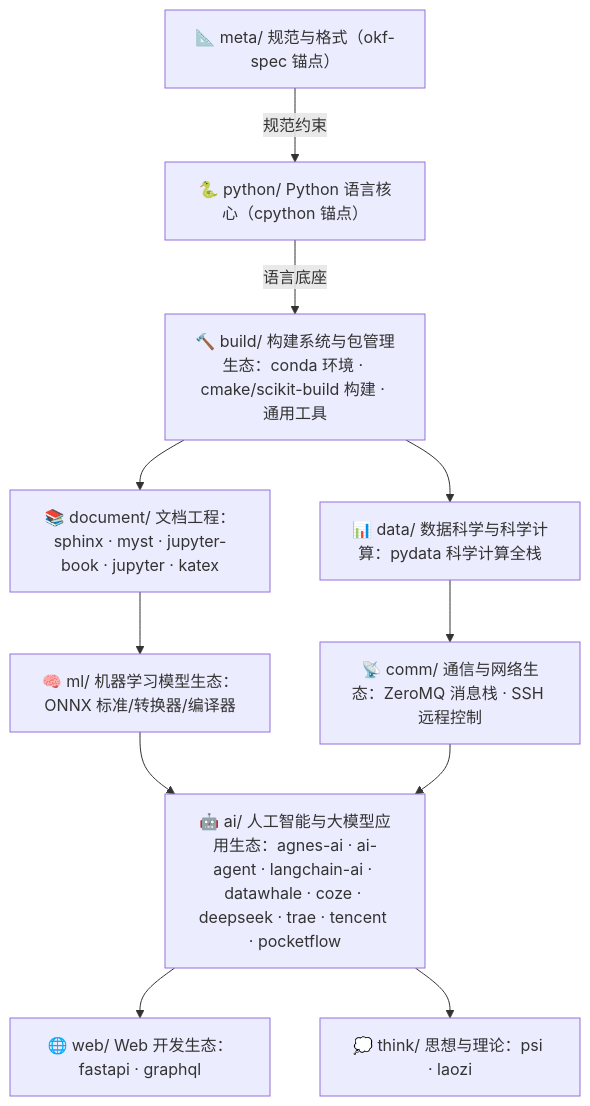
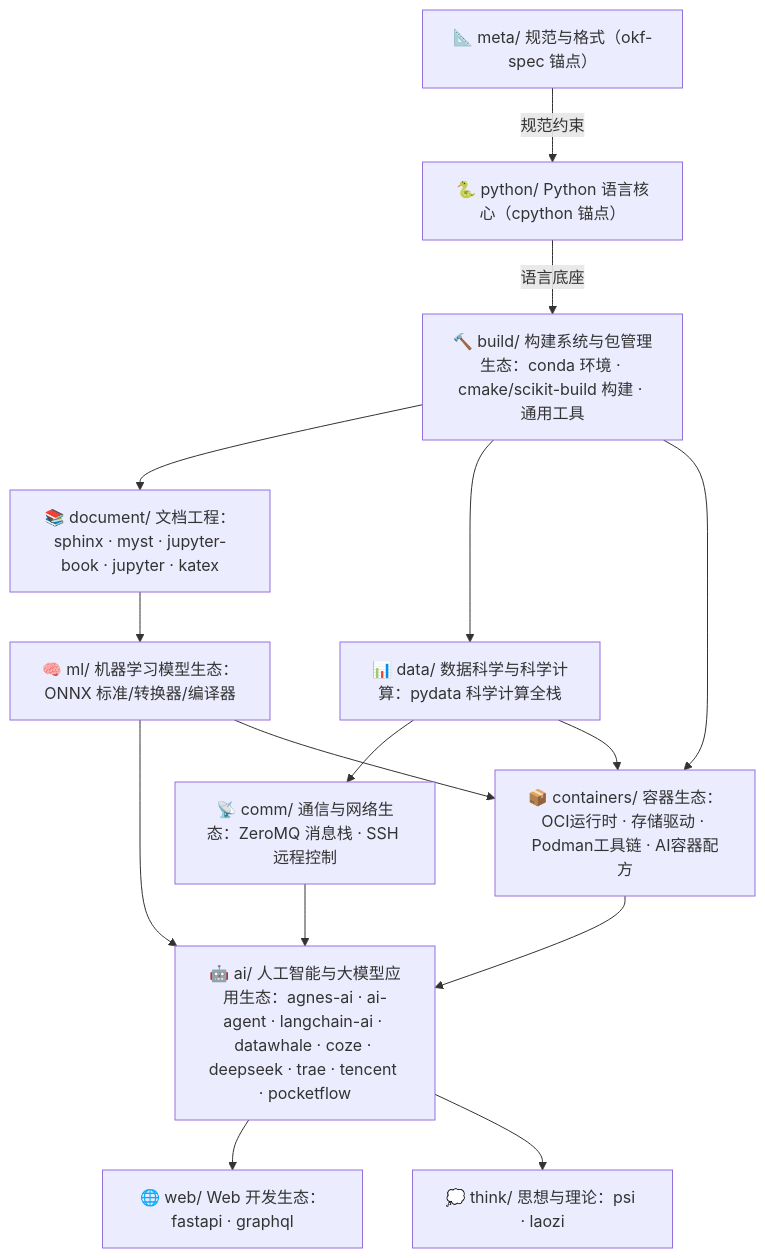
Before and after one commit to awesome-flexloop/awesome-okf: the first of 2 diagrams in doc/bundles/index.md, drawn with Mermaid. The commit also changed other lines of this file and 154 other files, not shown here.

````diff
--- a/doc/bundles/index.md
+++ b/doc/bundles/index.md
@@ -21,23 +21,28 @@
 ```mermaid
 flowchart TD
     meta["📐 meta/ 规范与格式（okf-spec 锚点）"]
     py["🐍 python/ Python 语言核心（cpython 锚点）"]
     build["🔨 build/ 构建系统与包管理生态：conda 环境 · cmake/scikit-build 构建 · 通用工具"]
     doc["📚 document/ 文档工程：sphinx · myst · jupyter-book · jupyter · katex"]
     data["📊 data/ 数据科学与科学计算：pydata 科学计算全栈"]
     ml["🧠 ml/ 机器学习模型生态：ONNX 标准/转换器/编译器"]
     comm["📡 comm/ 通信与网络生态：ZeroMQ 消息栈 · SSH 远程控制"]
     ai["🤖 ai/ 人工智能与大模型应用生态：agnes-ai · ai-agent · langchain-ai · datawhale · coze · deepseek · trae · tencent · pocketflow"]
     web["🌐 web/ Web 开发生态：fastapi · graphql"]
+    containers["📦 containers/ 容器生态：OCI运行时 · 存储驱动 · Podman工具链 · AI容器配方"]
     think["💭 think/ 思想与理论：psi · laozi"]
     meta -->|"规范约束"| py
     py -->|"语言底座"| build
     build --> doc
     build --> data
+    build --> containers
     doc --> ml
     data --> comm
+    data --> containers
     ml --> ai
+    ml --> containers
     comm --> ai
+    containers --> ai
     ai --> web
     ai --> think
 ```
````
